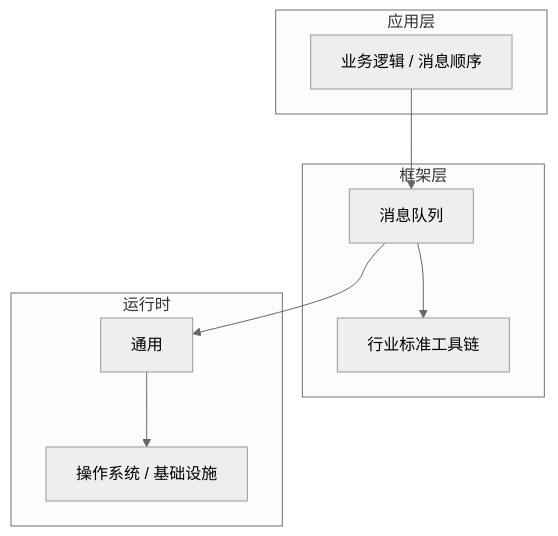
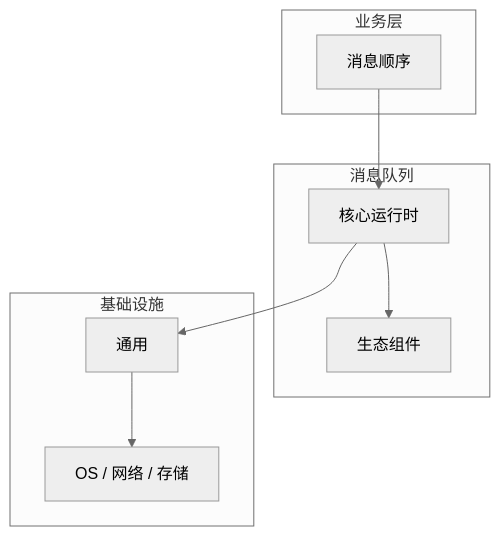
The diagram in articles/消息队列/chapters/064-消息顺序核心概念与原理.md (yanggan2015/knowledge-json-v2), drawn with Mermaid (neutral theme) before and after one commit. The commit also changed other lines of this file and 10127 other files, not shown here.

````diff
--- a/articles/消息队列/chapters/064-消息顺序核心概念与原理.md
+++ b/articles/消息队列/chapters/064-消息顺序核心概念与原理.md
@@ -45,18 +34,18 @@
 ```mermaid
 graph TB
-    subgraph 应用层
-        A[业务逻辑 / 消息顺序]
+    subgraph 业务层
+        A[消息顺序]
     end
-    subgraph 框架层
-        B[消息队列]
-        C[行业标准工具链]
+    subgraph 消息队列
+        B[核心运行时]
+        C[生态组件]
     end
-    subgraph 运行时
+    subgraph 基础设施
         D[通用]
-        E[操作系统 / 基础设施]
+        E[OS / 网络 / 存储]
     end
     A --> B
     B --> C
     B --> D
     D --> E
 ```
````
